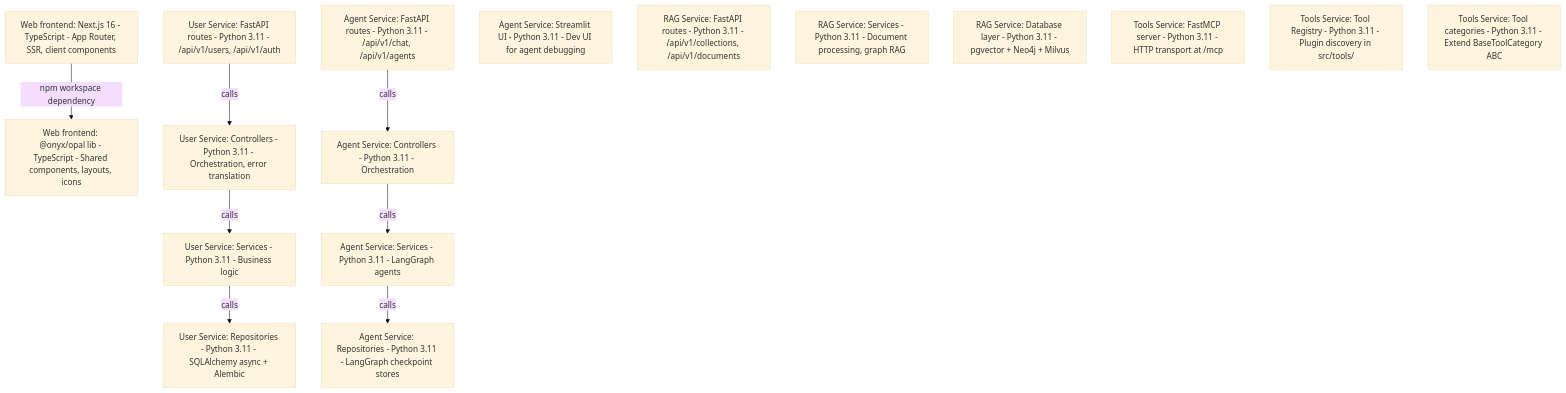
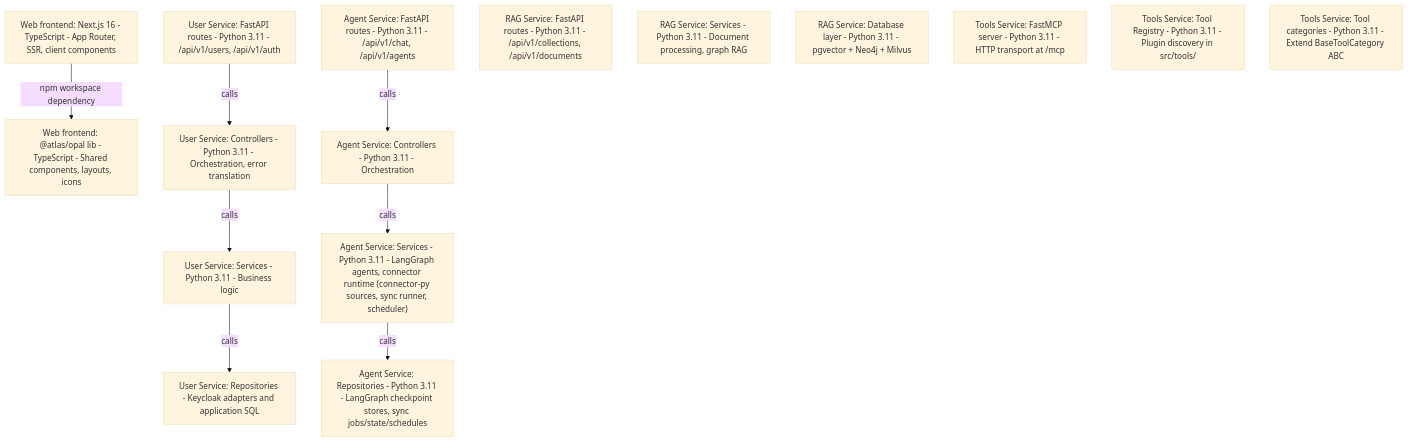
The second of 6 diagrams in docs/architecture-overview.md (yurtalangokhan/NewSSI), drawn with Mermaid (base theme) before and after one commit. The commit also changed other lines of this file and 4446 other files, not shown here.

````diff
--- a/docs/architecture-overview.md
+++ b/docs/architecture-overview.md
@@ -41,34 +46,33 @@
 ```mermaid
 flowchart TB
   nextjs["Web frontend: Next.js 16 - TypeScript - App Router, SSR, client components"]
-  opal["Web frontend: @onyx/opal lib - TypeScript - Shared components, layouts, icons"]
+  opal["Web frontend: @atlas/opal lib - TypeScript - Shared components, layouts, icons"]
 
   user_api["User Service: FastAPI routes - Python 3.11 - /api/v1/users, /api/v1/auth"]
   user_ctrl["User Service: Controllers - Python 3.11 - Orchestration, error translation"]
   user_logic["User Service: Services - Python 3.11 - Business logic"]
-  user_repo["User Service: Repositories - Python 3.11 - SQLAlchemy async + Alembic"]
+  user_repo["User Service: Repositories - Keycloak adapters and application SQL"]
 
   agent_api["Agent Service: FastAPI routes - Python 3.11 - /api/v1/chat, /api/v1/agents"]
   agent_ctrl["Agent Service: Controllers - Python 3.11 - Orchestration"]
-  agent_logic["Agent Service: Services - Python 3.11 - LangGraph agents"]
-  agent_repo["Agent Service: Repositories - Python 3.11 - LangGraph checkpoint stores"]
-  streamlit["Agent Service: Streamlit UI - Python 3.11 - Dev UI for agent debugging"]
+  agent_logic["Agent Service: Services - Python 3.11 - LangGraph agents, connector runtime (connector-py sources, sync runner, scheduler)"]
+  agent_repo["Agent Service: Repositories - Python 3.11 - LangGraph checkpoint stores, sync jobs/state/schedules"]
 
   rag_api["RAG Service: FastAPI routes - Python 3.11 - /api/v1/collections, /api/v1/documents"]
   rag_logic["RAG Service: Services - Python 3.11 - Document processing, graph RAG"]
   rag_db["RAG Service: Database layer - Python 3.11 - pgvector + Neo4j + Milvus"]
 
   mcp_server["Tools Service: FastMCP server - Python 3.11 - HTTP transport at /mcp"]
   tool_registry["Tools Service: Tool Registry - Python 3.11 - Plugin discovery in src/tools/"]
   tool_cats["Tools Service: Tool categories - Python 3.11 - Extend BaseToolCategory ABC"]
 
   nextjs -->|"npm workspace dependency"| opal
 
   user_api -->|"calls"| user_ctrl
   user_ctrl -->|"calls"| user_logic
   user_logic -->|"calls"| user_repo
 
   agent_api -->|"calls"| agent_ctrl
   agent_ctrl -->|"calls"| agent_logic
   agent_logic -->|"calls"| agent_repo
 ```
````
